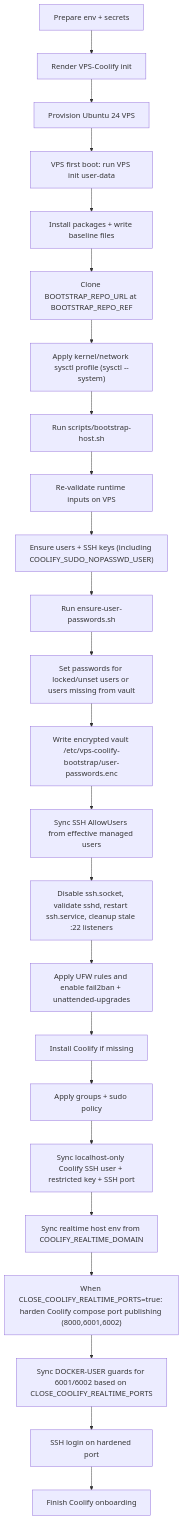
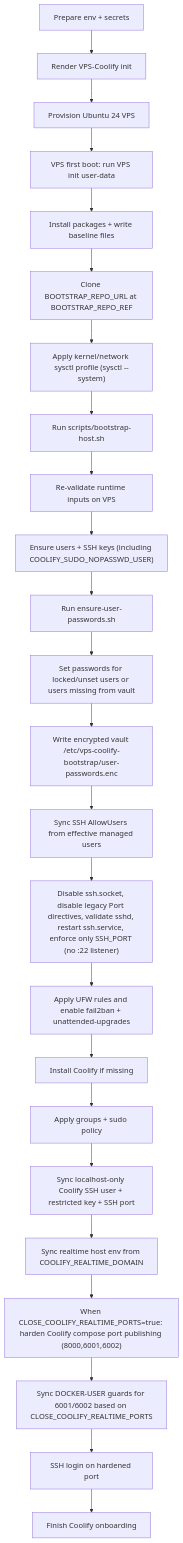
One commit to rigu/vps-coolify-bootstrap changed the diagram in docs/bootstrap-flow.md. Above: the diagram before and after it, drawn with Mermaid. The commit also changed 3 other files, not shown here.

Commit message:
fix(ssh): enforce single SSH port and disable legacy Port directives

````diff
--- a/docs/bootstrap-flow.md
+++ b/docs/bootstrap-flow.md
@@ -28,26 +28,26 @@
 ```mermaid
 flowchart TD
   A["Prepare env + secrets"] --> B["Render VPS-Coolify init"]
   B --> C["Provision Ubuntu 24 VPS"]
   C --> D["VPS first boot: run VPS init user-data"]
   D --> E["Install packages + write baseline files"]
   E --> F["Clone BOOTSTRAP_REPO_URL at BOOTSTRAP_REPO_REF"]
   F --> G["Apply kernel/network sysctl profile (sysctl --system)"]
   G --> H["Run scripts/bootstrap-host.sh"]
   H --> H1["Re-validate runtime inputs on VPS"]
   H1 --> I["Ensure users + SSH keys (including COOLIFY_SUDO_NOPASSWD_USER)"]
   I --> J["Run ensure-user-passwords.sh"]
   J --> K["Set passwords for locked/unset users or users missing from vault"]
   K --> L["Write encrypted vault /etc/vps-coolify-bootstrap/user-passwords.enc"]
   L --> M["Sync SSH AllowUsers from effective managed users"]
-  M --> N["Disable ssh.socket, validate sshd, restart ssh.service, cleanup stale :22 listeners"]
+  M --> N["Disable ssh.socket, disable legacy Port directives, validate sshd, restart ssh.service, enforce only SSH_PORT (no :22 listener)"]
   N --> O["Apply UFW rules and enable fail2ban + unattended-upgrades"]
   O --> P["Install Coolify if missing"]
   P --> R["Apply groups + sudo policy"]
   R --> Q["Sync localhost-only Coolify SSH user + restricted key + SSH port"]
   Q --> Q1["Sync realtime host env from COOLIFY_REALTIME_DOMAIN"]
   Q1 --> Q2["When CLOSE_COOLIFY_REALTIME_PORTS=true: harden Coolify compose port publishing (8000,6001,6002)"]
   Q2 --> S["Sync DOCKER-USER guards for 6001/6002 based on CLOSE_COOLIFY_REALTIME_PORTS"]
   S --> T["SSH login on hardened port"]
   T --> U["Finish Coolify onboarding"]
 ```
````
